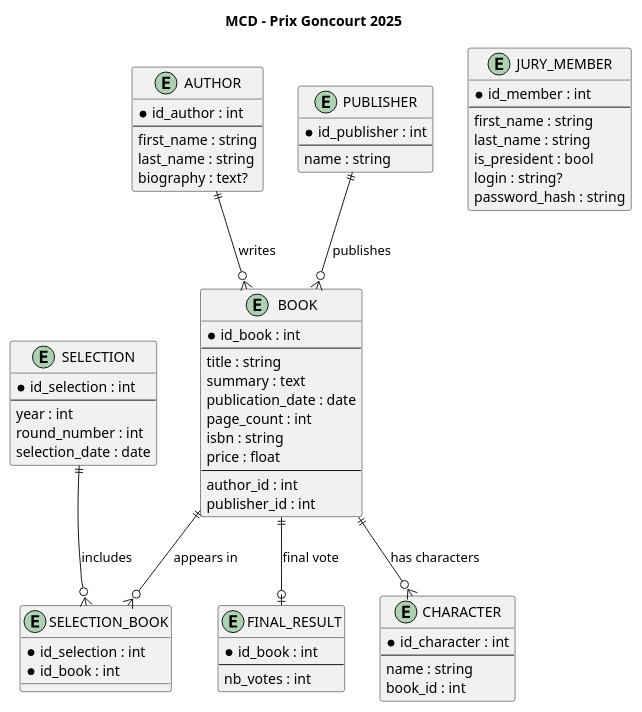
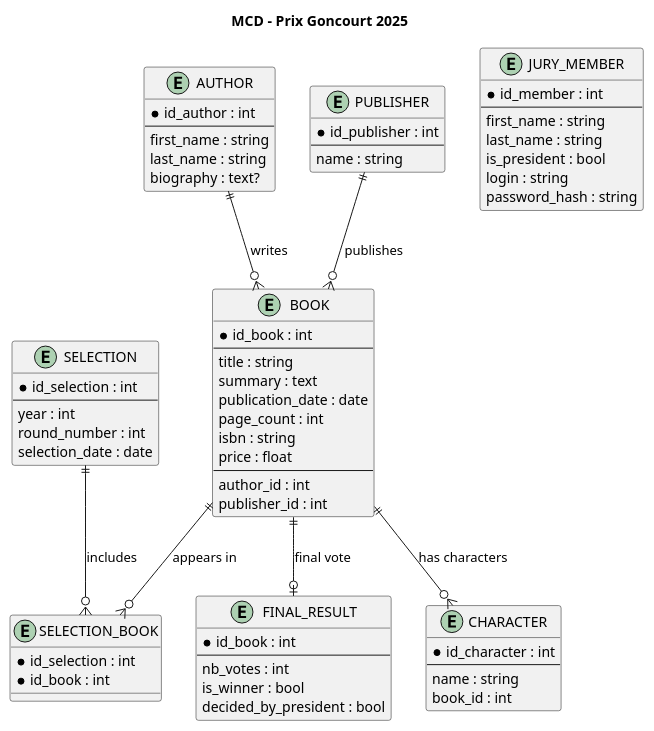
Before and after one commit to MarieLorraineFMS/prix-goncourt-2025: the diagram in docs/mcd.puml, drawn with PlantUML. The commit also changed 6 other files, not shown here.

```diff
--- a/docs/mcd.puml
+++ b/docs/mcd.puml
@@ -1,95 +1,98 @@
 @startuml MCD
 title MCD - Prix Goncourt 2025
 
 entity "AUTHOR" as AUTHOR {
   * id_author : int
   --
   first_name : string
   last_name : string
   biography : text?
 }
 
 entity "PUBLISHER" as PUBLISHER {
   * id_publisher : int
   --
   name : string
 }
 
 entity "BOOK" as BOOK {
   * id_book : int
   --
   title : string
   summary : text
   publication_date : date
   page_count : int
   isbn : string
   price : float
   --
   author_id : int
   publisher_id : int
 }
 
 entity "CHARACTER" as CHARACTER {
   * id_character : int
   --
   name : string
   book_id : int
 }
 
 entity "SELECTION" as SELECTION {
   * id_selection : int
   --
   year : int
   round_number : int
   selection_date : date
 }
 
 entity "SELECTION_BOOK" as SELECTION_BOOK {
   * id_selection : int
   * id_book : int
 }
 
 entity "FINAL_RESULT" as FINAL_RESULT {
   * id_book : int
   --
   nb_votes : int
+  is_winner : bool
+  decided_by_president : bool
 }
+
 
 entity "JURY_MEMBER" as JURY_MEMBER {
   * id_member : int
   --
   first_name : string
   last_name : string
   is_president : bool
-  login : string?
+  login : string
   password_hash : string
 }
 
 '/////////////////////////////////// ASSOCIATIONS ///////////////////////////////////
 
 'One author can write many books,
 'but each book is written by one author.
 AUTHOR ||--o{ BOOK : "writes"
 
 'One publisher can publish many books,
 'but each book has only one publisher.
 PUBLISHER ||--o{ BOOK : "publishes"
 
 'One book can contain many characters,
 'each character belongs to one book.
 BOOK ||--o{ CHARACTER : "has characters"
 
 'A selection includes many books,
 '& association table stores selected ones.
 SELECTION ||--o{ SELECTION_BOOK : "includes"
 
 'A book can appear in many selections,
 '& join table links each book to its selection rounds.
 BOOK ||--o{ SELECTION_BOOK : "appears in"
 
 'A book may have one final result (Goncourt winner/votes),
 '& final vote entry belongs to one book.
 BOOK ||--o| FINAL_RESULT : "final vote"
 
 
 @enduml
```
